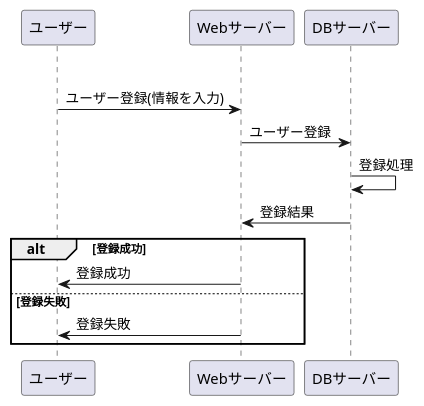
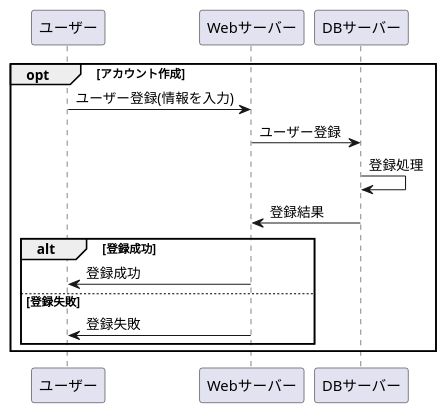
One commit to Aso2001184/2021sys-design changed the diagram in アカウント作成.md. Above: the diagram before and after it, drawn with PlantUML.

````diff
--- a/アカウント作成.md
+++ b/アカウント作成.md
@@ -1,17 +1,18 @@
 ```uml
 @startuml
+
 opt アカウント作成
-
 ユーザー -> Webサーバー : ユーザー登録(情報を入力)
 Webサーバー -> DBサーバー : ユーザー登録
 DBサーバー -> DBサーバー : 登録処理
 DBサーバー -> Webサーバー : 登録結果
 
 alt 登録成功
 Webサーバー -> ユーザー : 登録成功
 else 登録失敗
 Webサーバー -> ユーザー : 登録失敗
 end
+end
 
 @enduml
 ```
````
